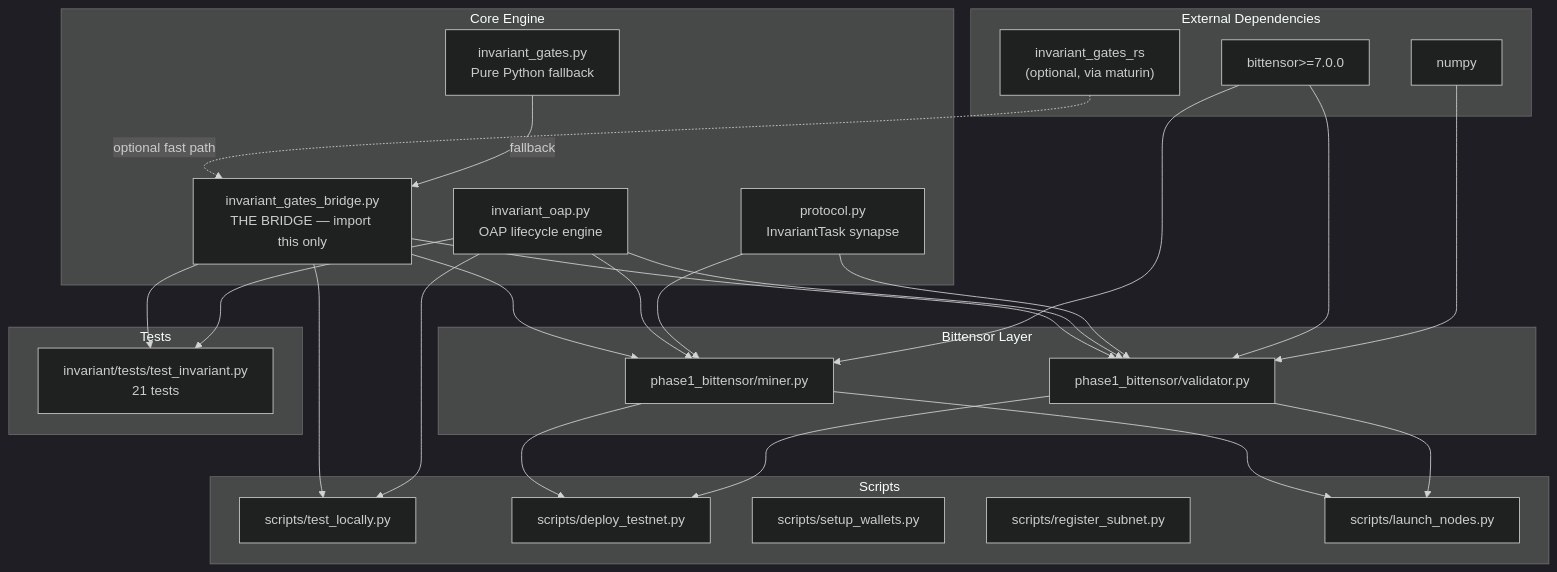
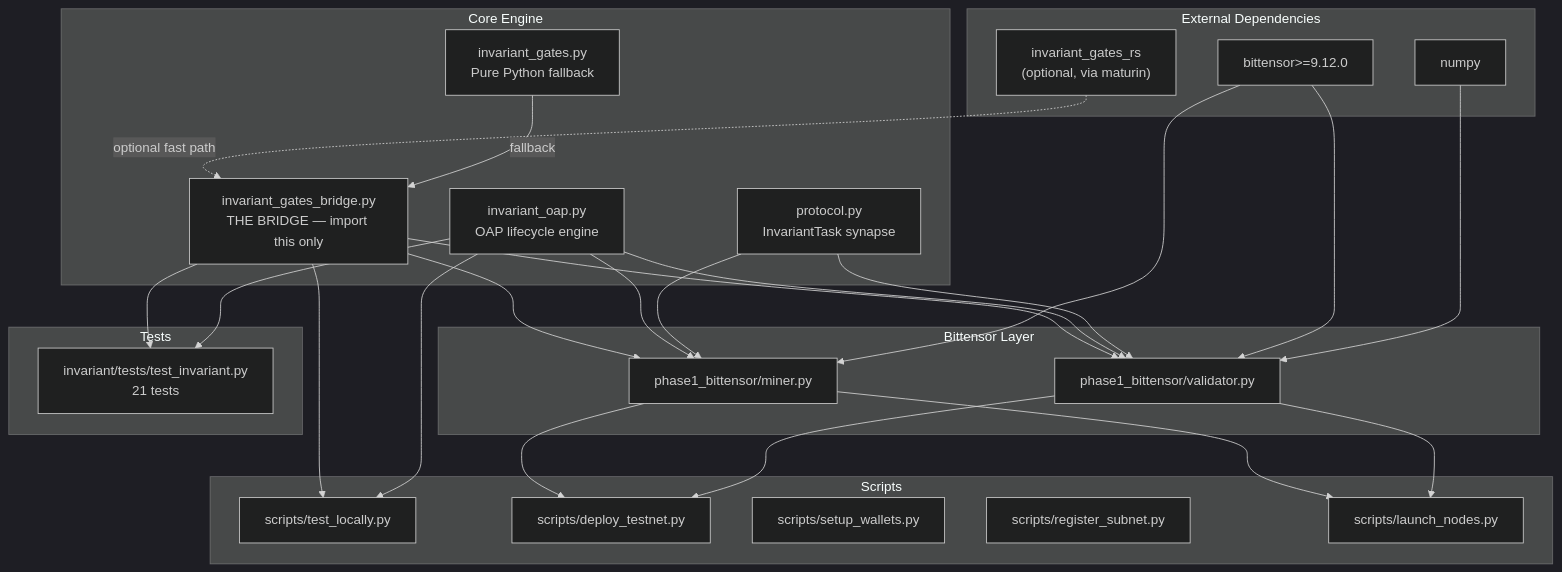
One commit to orthonode/invariant changed diagram 11 of 15 in ARCHITECTURE.md. Above: the diagram before and after it, drawn with Mermaid (dark theme). The commit also changed other lines of this file and 12 other files, not shown here.

````diff
--- a/ARCHITECTURE.md
+++ b/ARCHITECTURE.md
@@ -465,43 +465,43 @@
 ```mermaid
 graph TD
     subgraph EXTERNAL["External Dependencies"]
-        BT["bittensor>=7.0.0"]
+        BT["bittensor>=9.12.0"]
         NP["numpy"]
         RUST_EXT["invariant_gates_rs\n(optional, via maturin)"]
     end
 
     subgraph CORE["Core Engine"]
         BRIDGE["invariant_gates_bridge.py\nTHE BRIDGE — import this only"]
         GATES_PY["invariant_gates.py\nPure Python fallback"]
         OAP["invariant_oap.py\nOAP lifecycle engine"]
         PROTO["protocol.py\nInvariantTask synapse"]
     end
 
     subgraph BITTENSOR_LAYER["Bittensor Layer"]
         MINER_BT["phase1_bittensor/miner.py"]
         VALIDATOR_BT["phase1_bittensor/validator.py"]
     end
 
     subgraph SCRIPTS_LAYER["Scripts"]
         TEST_LOCAL["scripts/test_locally.py"]
         DEPLOY["scripts/deploy_testnet.py"]
         SETUP_W["scripts/setup_wallets.py"]
         REG_S["scripts/register_subnet.py"]
         LAUNCH["scripts/launch_nodes.py"]
     end
 
     subgraph TESTS["Tests"]
         PYTEST["invariant/tests/test_invariant.py\n21 tests"]
     end
 
     RUST_EXT -.->|"optional fast path"| BRIDGE
     GATES_PY -->|"fallback"| BRIDGE
     BRIDGE --> MINER_BT & VALIDATOR_BT
     OAP --> MINER_BT & VALIDATOR_BT
     PROTO --> MINER_BT & VALIDATOR_BT
     BT --> MINER_BT & VALIDATOR_BT
     NP --> VALIDATOR_BT
     BRIDGE --> TEST_LOCAL & PYTEST
     OAP --> TEST_LOCAL & PYTEST
     MINER_BT & VALIDATOR_BT --> LAUNCH & DEPLOY
 ```
````
